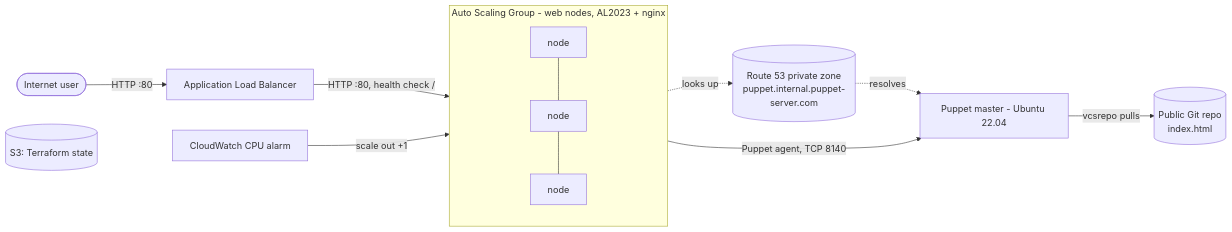
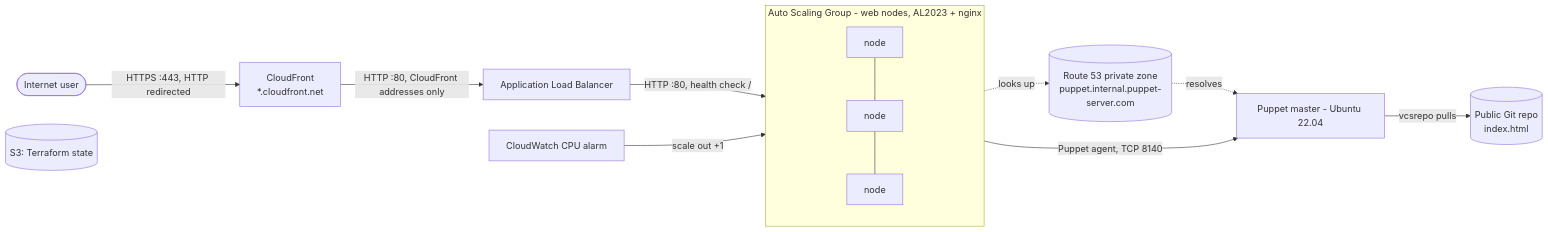
Before and after one commit to sarahaziziyan/terraform-AWS-Puppet: the diagram in docs/ARCHITECTURE.md, drawn with Mermaid. The commit also changed other lines of this file and 16 other files, not shown here.

Commit message:
Implement CloudFront for HTTPS access, redirect HTTP to HTTPS, and update documentation

````diff
--- a/docs/ARCHITECTURE.md
+++ b/docs/ARCHITECTURE.md
@@ -9,16 +9,17 @@
 ```mermaid
 flowchart LR
-  user([Internet user]) -->|HTTP :80| alb[Application Load Balancer]
+  user([Internet user]) -->|HTTPS :443, HTTP redirected| cf[CloudFront<br/>*.cloudfront.net]
+  cf -->|HTTP :80, CloudFront addresses only| alb[Application Load Balancer]
   alb -->|HTTP :80, health check /| asg
 
   subgraph asg [Auto Scaling Group - web nodes, AL2023 + nginx]
     n1[node] --- n2[node] --- n3[node]
   end
 
   asg -->|Puppet agent, TCP 8140| pm[Puppet master - Ubuntu 22.04]
   dns[(Route 53 private zone<br/>puppet.internal.puppet-server.com)] -.resolves.-> pm
   asg -.looks up.-> dns
   pm -->|vcsrepo pulls| git[(Public Git repo<br/>index.html)]
   cw[CloudWatch CPU alarm] -->|scale out +1| asg
   tf[(S3: Terraform state)]
 ```
````
